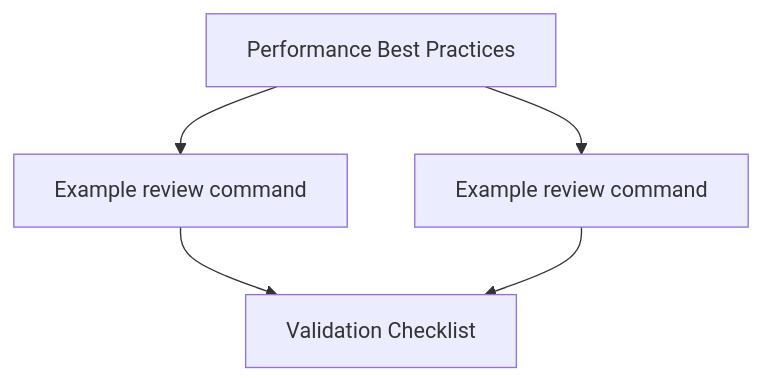
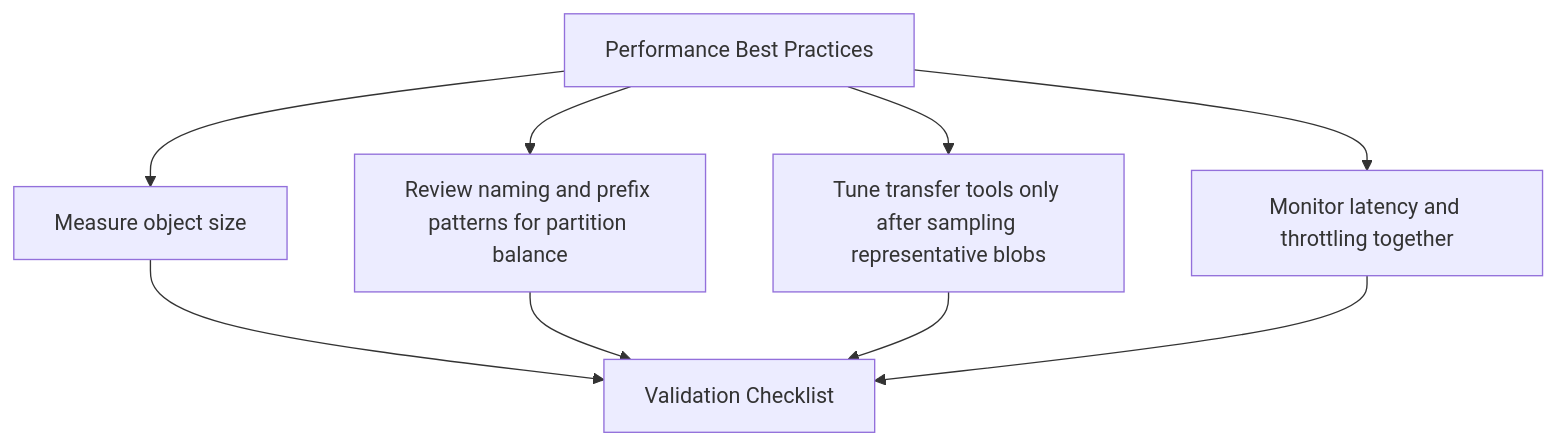
The diagram in docs/best-practices/performance-best-practices.md (yeongseon/azure-storage-practical-guide), drawn with Mermaid before and after one commit. The commit also changed 2 other files, not shown here.

Commit message:
fix: rebuild BP diagrams from actual practice bullets, not example-command headings

````diff
--- a/docs/best-practices/performance-best-practices.md
+++ b/docs/best-practices/performance-best-practices.md
@@ -29,11 +29,17 @@
 ```mermaid
 flowchart TD
     T["Performance Best Practices"]
-    P1["Example review command"]
+    P1["Measure object size"]
     T --> P1
-    P2["Example review command"]
+    P2["Review naming and prefix patterns for partition balance"]
     T --> P2
+    P3["Tune transfer tools only after sampling representative blobs"]
+    T --> P3
+    P4["Monitor latency and throttling together"]
+    T --> P4
     V["Validation Checklist"]
     P1 --> V
     P2 --> V
+    P3 --> V
+    P4 --> V
 ```
````
